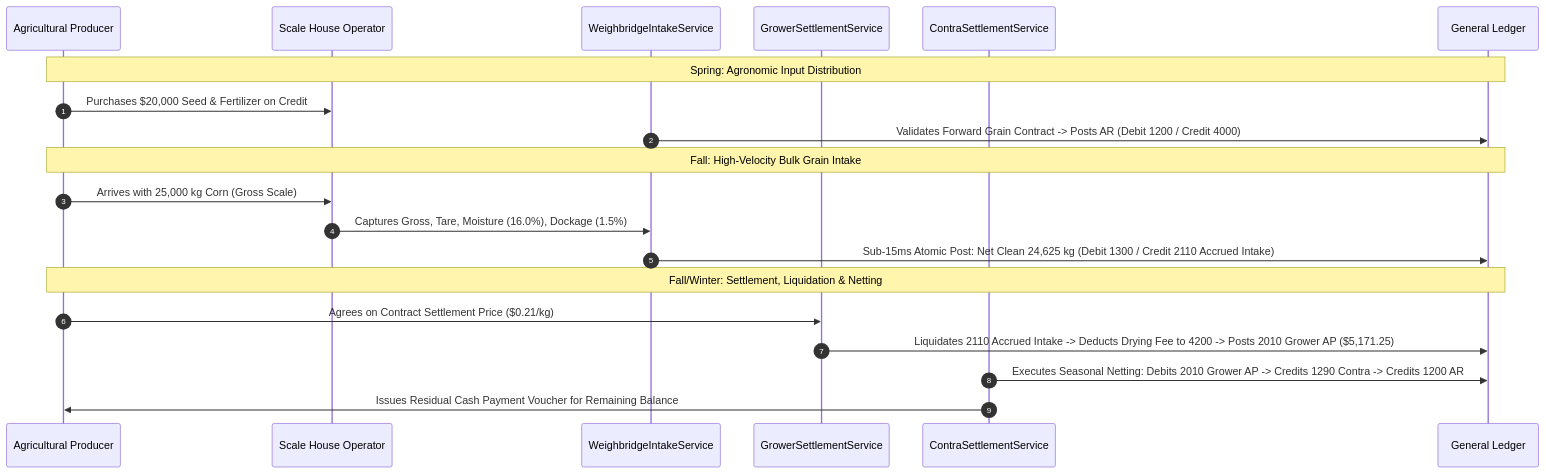
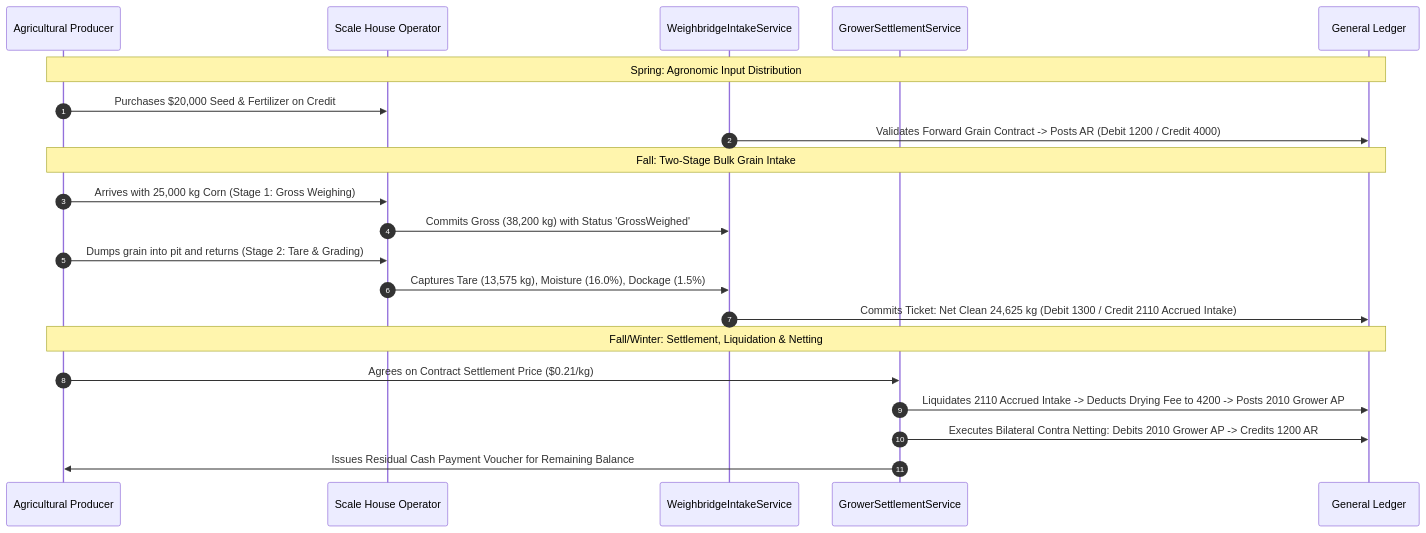
Before and after one commit to maxsainz2000/Project_Accounting: the second of 2 diagrams in docs/designs/agri_erp_accounting.md, drawn with Mermaid. The commit also changed other lines of this file, not shown here.

````diff
--- a/docs/designs/agri_erp_accounting.md
+++ b/docs/designs/agri_erp_accounting.md
@@ -190,25 +183,26 @@
 ```mermaid
 sequenceDiagram
     autonumber
     participant Farmer as Agricultural Producer
     participant Scale as Scale House Operator
     participant ScaleSvc as WeighbridgeIntakeService
     participant SettleSvc as GrowerSettlementService
-    participant ContraSvc as ContraSettlementService
     participant GL as General Ledger
 
     Note over Farmer, GL: Spring: Agronomic Input Distribution
     Farmer->>Scale: Purchases $20,000 Seed & Fertilizer on Credit
     ScaleSvc->>GL: Validates Forward Grain Contract -> Posts AR (Debit 1200 / Credit 4000)
 
-    Note over Farmer, GL: Fall: High-Velocity Bulk Grain Intake
-    Farmer->>Scale: Arrives with 25,000 kg Corn (Gross Scale)
-    Scale->>ScaleSvc: Captures Gross, Tare, Moisture (16.0%), Dockage (1.5%)
-    ScaleSvc->>GL: Sub-15ms Atomic Post: Net Clean 24,625 kg (Debit 1300 / Credit 2110 Accrued Intake)
+    Note over Farmer, GL: Fall: Two-Stage Bulk Grain Intake
+    Farmer->>Scale: Arrives with 25,000 kg Corn (Stage 1: Gross Weighing)
+    Scale->>ScaleSvc: Commits Gross (38,200 kg) with Status 'GrossWeighed'
+    Farmer->>Scale: Dumps grain into pit and returns (Stage 2: Tare & Grading)
+    Scale->>ScaleSvc: Captures Tare (13,575 kg), Moisture (16.0%), Dockage (1.5%)
+    ScaleSvc->>GL: Commits Ticket: Net Clean 24,625 kg (Debit 1300 / Credit 2110 Accrued Intake)
 
     Note over Farmer, GL: Fall/Winter: Settlement, Liquidation & Netting
     Farmer->>SettleSvc: Agrees on Contract Settlement Price ($0.21/kg)
-    SettleSvc->>GL: Liquidates 2110 Accrued Intake -> Deducts Drying Fee to 4200 -> Posts 2010 Grower AP ($5,171.25)
-    ContraSvc->>GL: Executes Seasonal Netting: Debits 2010 Grower AP -> Credits 1290 Contra -> Credits 1200 AR
-    ContraSvc->>Farmer: Issues Residual Cash Payment Voucher for Remaining Balance
+    SettleSvc->>GL: Liquidates 2110 Accrued Intake -> Deducts Drying Fee to 4200 -> Posts 2010 Grower AP
+    SettleSvc->>GL: Executes Bilateral Contra Netting: Debits 2010 Grower AP -> Credits 1200 AR
+    SettleSvc->>Farmer: Issues Residual Cash Payment Voucher for Remaining Balance
 ```
````
